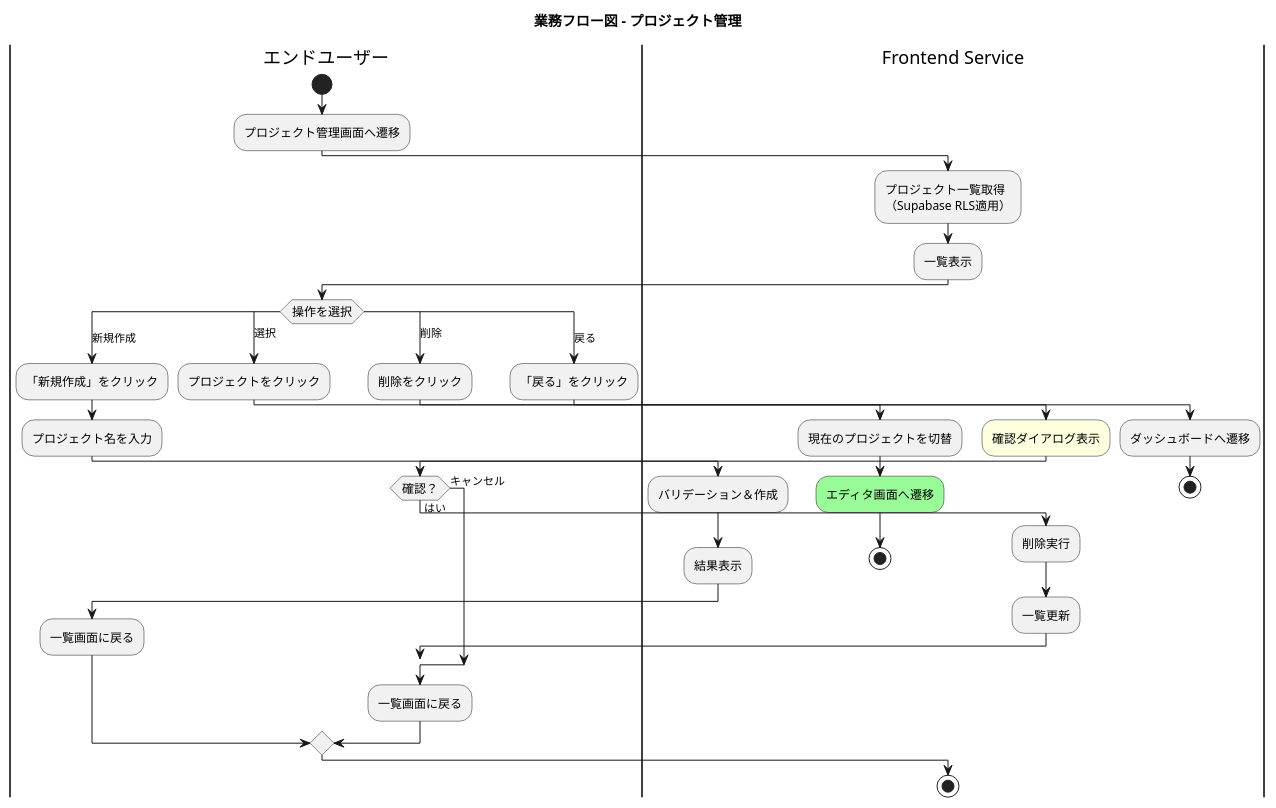
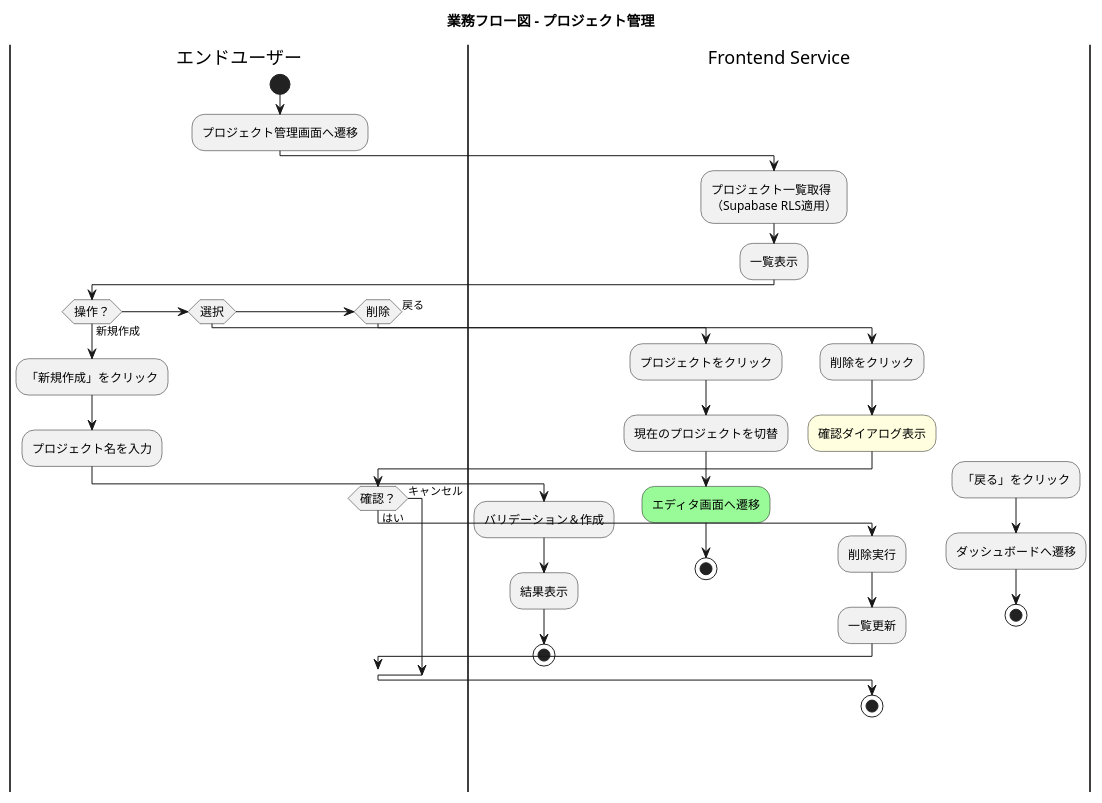
One commit to yoshiwo3/PlantUML2_Opus4.5 changed the fifth of 5 diagrams in docs/proposals/PlantUML_Studio_業務フロー図_20251201.md. Above: the diagram before and after it, drawn with PlantUML.

Commit message:
refactor(3.5): switch/case → if/elseif/else に変更
switch/caseがスイムレーンと相性が悪く分岐が混在して見えるため
if/elseif/else構造に変更

- 各分岐が明確に分離
- 各分岐がstopで終了
- 視覚的に分岐が明確

🤖 Generated with [Claude Code](https://claude.com/claude-code)

````diff
--- a/docs/proposals/PlantUML_Studio_業務フロー図_20251201.md
+++ b/docs/proposals/PlantUML_Studio_業務フロー図_20251201.md
@@ -590,64 +590,50 @@
 ```plantuml
 @startuml business_flow_project_management
 skinparam ConditionEndStyle hline
 skinparam ActivityFontSize 12
 
 title 業務フロー図 - プロジェクト管理
 
 |エンドユーザー|
 start
 :プロジェクト管理画面へ遷移;
 
 |Frontend Service|
 :プロジェクト一覧取得\n（Supabase RLS適用）;
 :一覧表示;
 
 |エンドユーザー|
-switch (操作を選択)
-
-case (新規作成)
-  |エンドユーザー|
+if (操作？) then (新規作成)
   :「新規作成」をクリック;
   :プロジェクト名を入力;
   |Frontend Service|
   :バリデーション＆作成;
   :結果表示;
-  |エンドユーザー|
-  :一覧画面に戻る;
-
-case (選択)
-  |エンドユーザー|
+  stop
+elseif (選択) then
   :プロジェクトをクリック;
   |Frontend Service|
   :現在のプロジェクトを切替;
   #palegreen:エディタ画面へ遷移;
   stop
-
-case (削除)
-  |エンドユーザー|
+elseif (削除) then
   :削除をクリック;
   |Frontend Service|
   #lightyellow:確認ダイアログ表示;
   |エンドユーザー|
   if (確認？) then (はい)
     |Frontend Service|
     :削除実行;
     :一覧更新;
   else (キャンセル)
   endif
-  |エンドユーザー|
-  :一覧画面に戻る;
-
-case (戻る)
-  |エンドユーザー|
+  stop
+else (戻る)
   :「戻る」をクリック;
   |Frontend Service|
   :ダッシュボードへ遷移;
   stop
-
-endswitch
-
-stop
+endif
 
 @enduml
 ```
````
